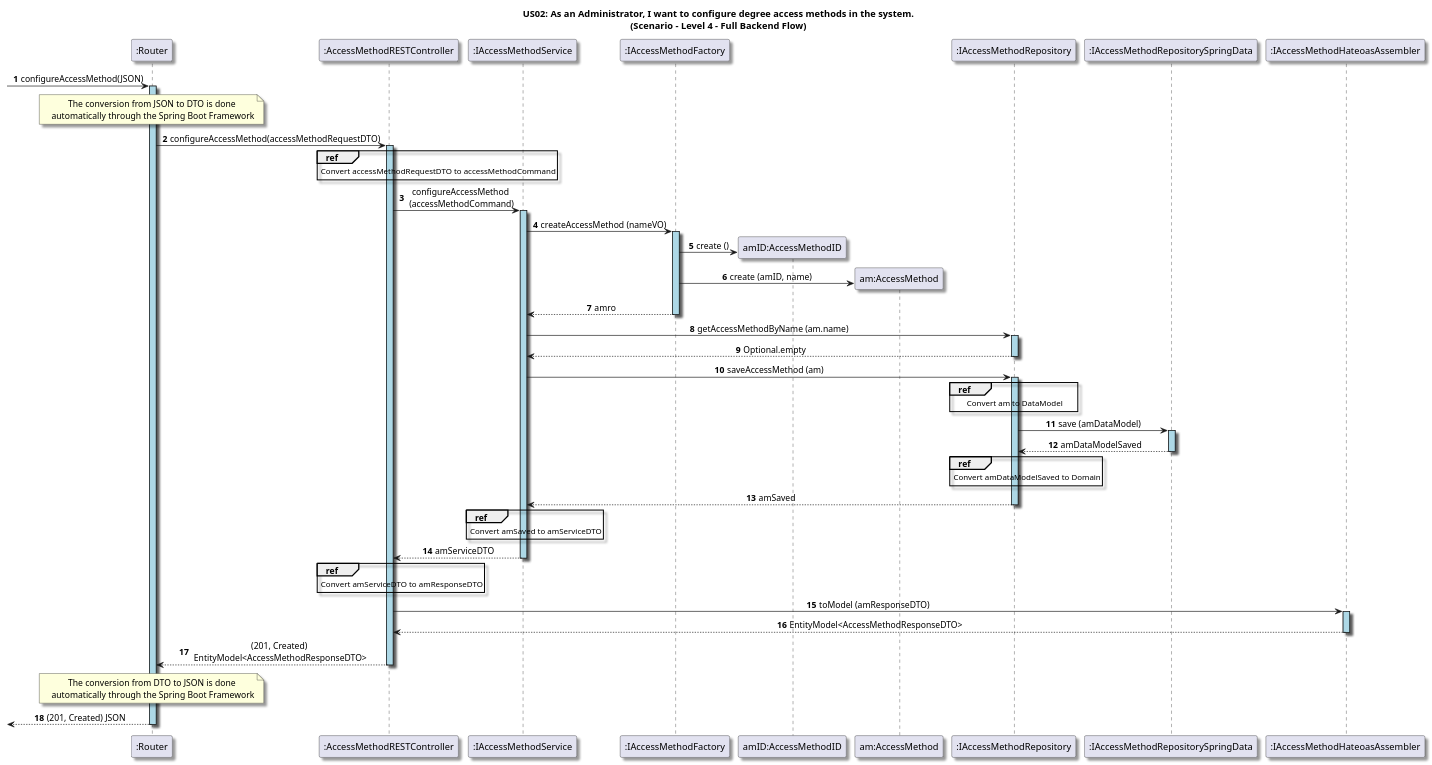
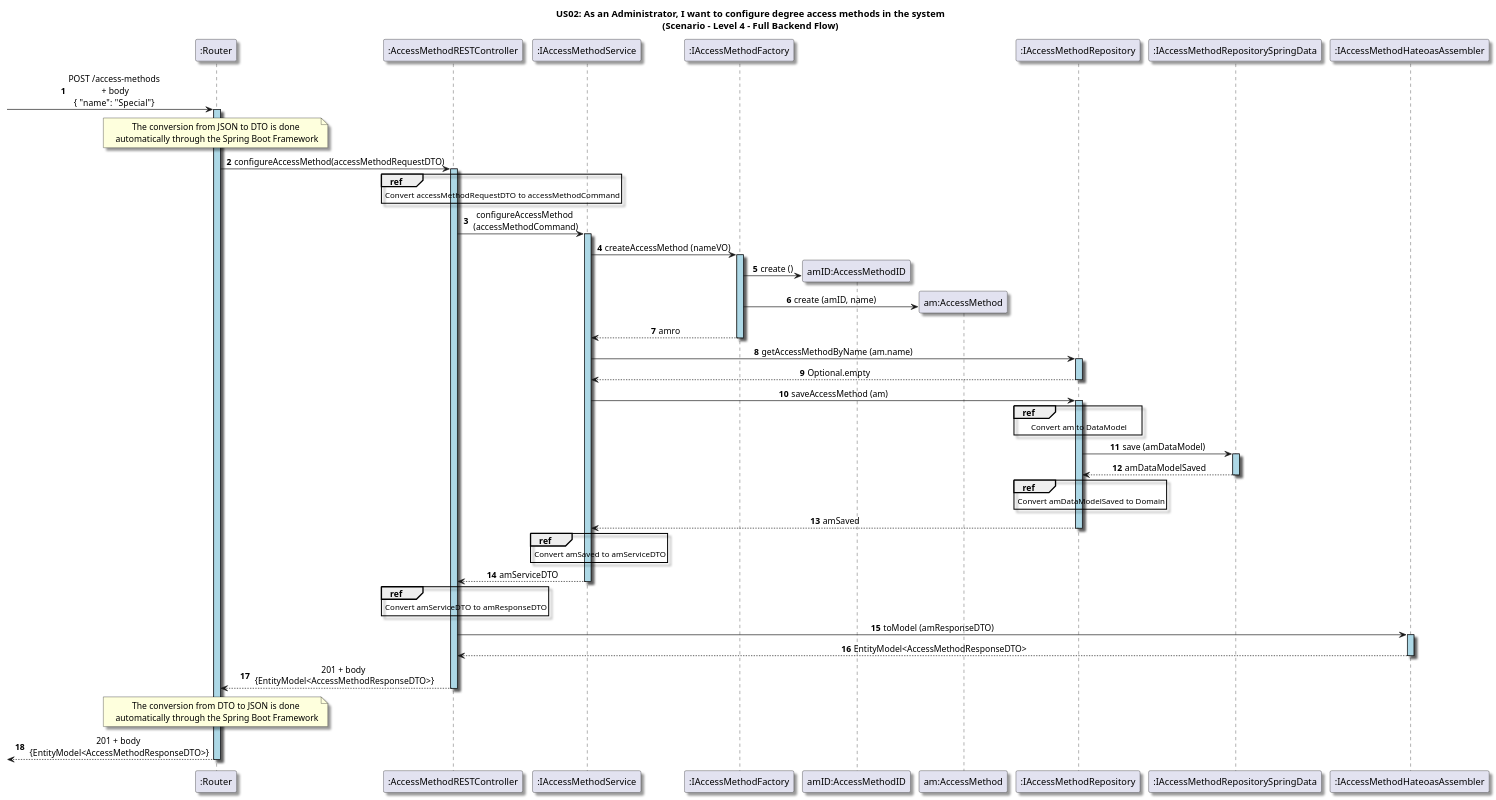
One commit to GasparISEP/DevOps-PAI changed the diagram in docs/US02/Sprint6_RestAPI/Scenarios/Level4.puml. Above: the diagram before and after it, drawn with PlantUML. The commit also changed 2 other files, not shown here.

Commit message:
refactor (diagrams): update Lvl 2 and Lvl 3 process view and Lvl4 scenario view diagrams - update message descriptions to improve clarity and consistency. Closes #650

```diff
--- a/docs/US02/Sprint6_RestAPI/Scenarios/Level4.puml
+++ b/docs/US02/Sprint6_RestAPI/Scenarios/Level4.puml
@@ -3,95 +3,96 @@
 @startuml
 
-title US02: As an Administrator, I want to configure degree access methods in the system.\n(Scenario - Level 4 - Full Backend Flow)
+title US02: As an Administrator, I want to configure degree access methods in the system\n(Scenario - Level 4 - Full Backend Flow)
 
 skinparam defaultTextAlignment center
 skinparam shadowing true
 
 
 autonumber
 
 participant ":Router" as router
--> router: configureAccessMethod(JSON)
+-> router: POST /access-methods\n + body\n{  "name": "Special"}
 activate router #LightBlue
 note over router: The conversion from JSON to DTO is done\n automatically through the Spring Boot Framework
 
 participant ":AccessMethodRESTController" as Controller
 router -> Controller: configureAccessMethod(accessMethodRequestDTO)
 activate Controller #LightBlue
 
 ref over Controller
     Convert accessMethodRequestDTO to accessMethodCommand
 end
 
 participant ":IAccessMethodService" as Service
 Controller -> Service: configureAccessMethod\n (accessMethodCommand)
 activate Service #LightBlue
 
 
 participant ":IAccessMethodFactory" as Factory
 Service -> Factory: createAccessMethod (nameVO)
 activate Factory #LightBlue 
 
 create "amID:AccessMethodID"
 Factory -> "amID:AccessMethodID": create ()
 
 create "am:AccessMethod"
 Factory -> "am:AccessMethod": create (amID, name)
 
 Factory --> Service: amro
 deactivate Factory
 
 
 participant ":IAccessMethodRepository" as Repository
 Service -> Repository: getAccessMethodByName (am.name)
 activate Repository #LightBlue 
 Repository --> Service: Optional.empty
 deactivate Repository
 
 Service -> Repository: saveAccessMethod (am)
 activate Repository #LightBlue 
 
 ref over Repository
     Convert am to DataModel
 end
 
 participant ":IAccessMethodRepositorySpringData" as springDataRepository
 Repository -> springDataRepository: save (amDataModel)
 activate springDataRepository #LightBlue 
 springDataRepository --> Repository : amDataModelSaved
 deactivate springDataRepository
 
 ref over Repository
     Convert amDataModelSaved to Domain
 end
 
 Repository --> Service: amSaved
 deactivate Repository
 
 
 ref over Service
     Convert amSaved to amServiceDTO
 end
 
 Service --> Controller: amServiceDTO
 
 deactivate Service
 
 ref over Controller
     Convert amServiceDTO to amResponseDTO
 end
 
 participant ":IAccessMethodHateoasAssembler" as hateoasAssembler
 Controller -> hateoasAssembler: toModel (amResponseDTO)
 activate hateoasAssembler #LightBlue
 hateoasAssembler --> Controller: EntityModel<AccessMethodResponseDTO>
 deactivate hateoasAssembler #LightBlue
-Controller --> router: (201, Created)\n EntityModel<AccessMethodResponseDTO>
+Controller --> router: 201 + body\n {EntityModel<AccessMethodResponseDTO>}
 deactivate Controller
 
 note over router: The conversion from DTO to JSON is done\n automatically through the Spring Boot Framework
 
-<-- router: (201, Created) JSON
+<-- router: 201 + body\n {EntityModel<AccessMethodResponseDTO>}
+
 deactivate router
 
 @enduml
```
